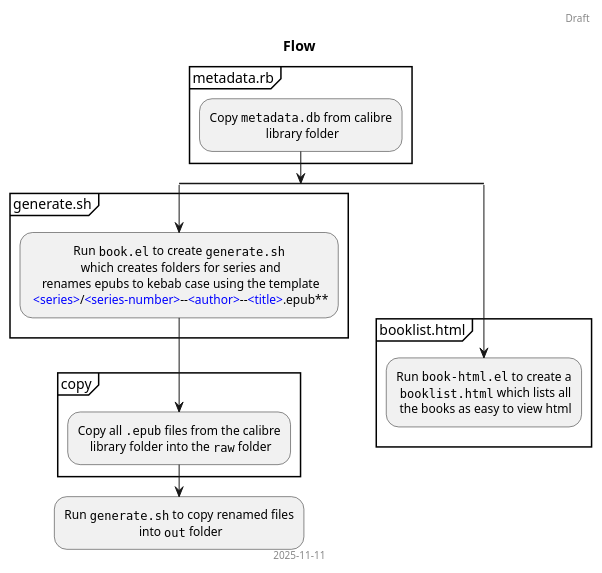
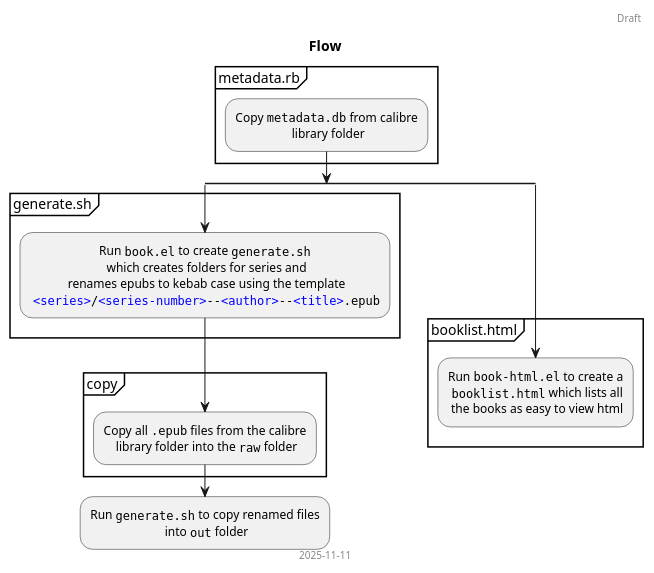
The diagram in docs/img/flow.plantuml (xshyamx/calibre-utils), drawn with PlantUML before and after one commit. The commit also changed 1 other file, not shown here.

```diff
--- a/docs/img/flow.plantuml
+++ b/docs/img/flow.plantuml
@@ -1,35 +1,35 @@
 @startuml
 ' flow
 header Draft
 title Flow
 footer 2025-11-11
 skinparam defaultTextAlignment center
 
 partition metadata.rb {
   :Copy ""metadata.db"" from calibre
    library folder;
 }
 
 split
   partition generate.sh {
     :Run ""book.el"" to create ""generate.sh""
      which creates folders for series and
      renames epubs to kebab case using the template
-     <color:blue><series></color>/<color:blue><series-number></color>~--<color:blue><author></color>~--<color:blue><title></color>.epub**;
+     ""<color:blue><series></color>/<color:blue><series-number></color>~--<color:blue><author></color>~--<color:blue><title></color>.epub"";
   }
   partition copy {
     :Copy all "".epub"" files from the calibre
      library folder into the ""raw"" folder;
   }
   :Run ""generate.sh"" to copy renamed files
    into ""out"" folder;
   detach
 split again
   partition booklist.html {
     :Run ""book-html.el"" to create a
      ""booklist.html"" which lists all
      the books as easy to view html;
   }
    detach
 end split
 @enduml
```
